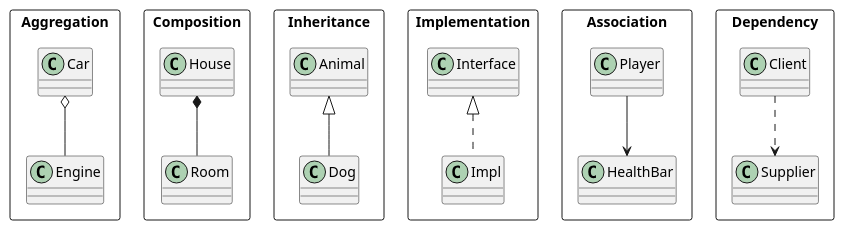
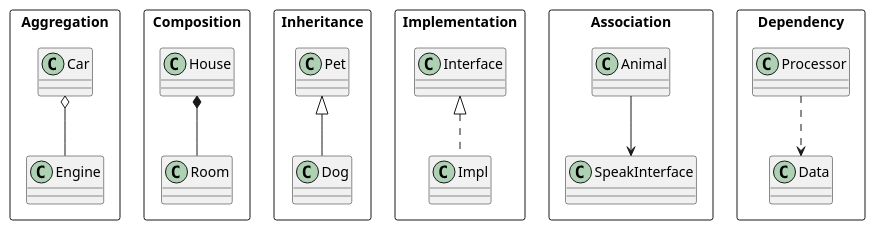
One commit to JurajX/Notes changed the diagram in DesignPatterns/UmlBasics/arrowTypes.puml. Above: the diagram before and after it, drawn with PlantUML. The commit also changed 7 other files, not shown here.

```diff
--- a/DesignPatterns/UmlBasics/arrowTypes.puml
+++ b/DesignPatterns/UmlBasics/arrowTypes.puml
@@ -1,27 +1,27 @@
 @startuml
 
 package Aggregation <<Rectangle>> {
     Car o-- Engine
 }
 
 package Composition <<Rectangle>> {
     House *-- Room
 }
 
 package Inheritance <<Rectangle>> {
-    Animal <|-- Dog
+    Pet <|-- Dog
 }
 
 package Implementation <<Rectangle>> {
     Interface <|.. Impl
 }
 
 package Association <<Rectangle>> {
-    Player --> HealthBar
+    Animal --> SpeakInterface
 }
 
 package Dependency <<Rectangle>> {
-    Client ..> Supplier
+    Processor ..> Data
 }
 
 @enduml
```
